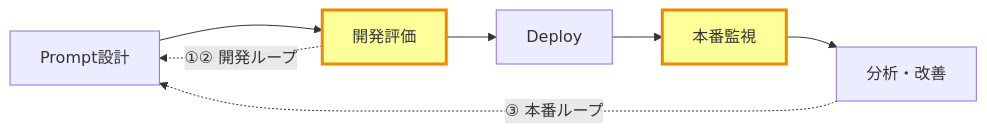
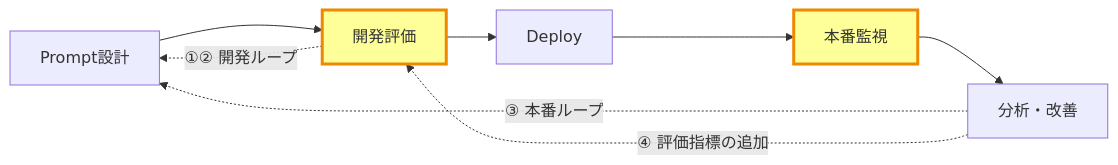
Before and after one commit to rkawajiri/tech-slides: the diagram in 2026-03-19/diagrams/feedback-loops.mmd, drawn with Mermaid. The commit also changed 7 other files, not shown here.

```diff
--- a/2026-03-19/diagrams/feedback-loops.mmd
+++ b/2026-03-19/diagrams/feedback-loops.mmd
@@ -1,8 +1,9 @@
 graph LR
   P[Prompt設計] --> E[開発評価] --> D[Deploy] --> M[本番監視] --> A[分析・改善]
 
   E -.->|"①② 開発ループ"| P
   A -.->|"③ 本番ループ"| P
+  A -.->|"④ 評価指標の追加"| E
 
   style E fill:#ff9,stroke:#e80,stroke-width:3px
   style M fill:#ff9,stroke:#e80,stroke-width:3px
```
